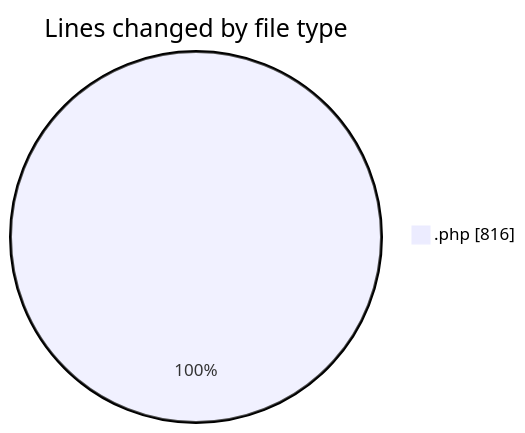
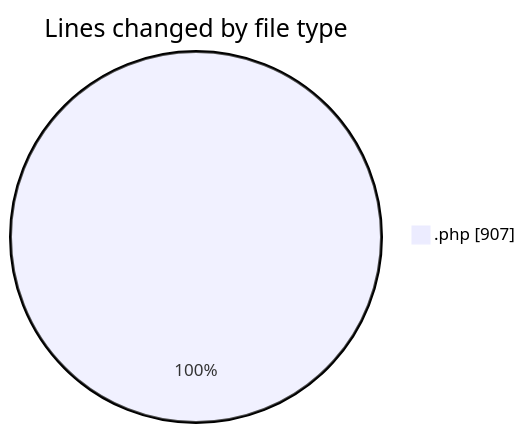
The first of 2 diagrams in 2025-06-18/studio-backend/README.md (idhammustaqopulfikri/code-tracking), drawn with Mermaid before and after one commit. The commit also changed other lines of this file and 1 other file, not shown here.

````diff
--- a/2025-06-18/studio-backend/README.md
+++ b/2025-06-18/studio-backend/README.md
@@ -22,5 +23,5 @@
 ```mermaid
 pie showData
 title Lines changed by file type
-".php" : 816
+".php" : 907
 ```
````
